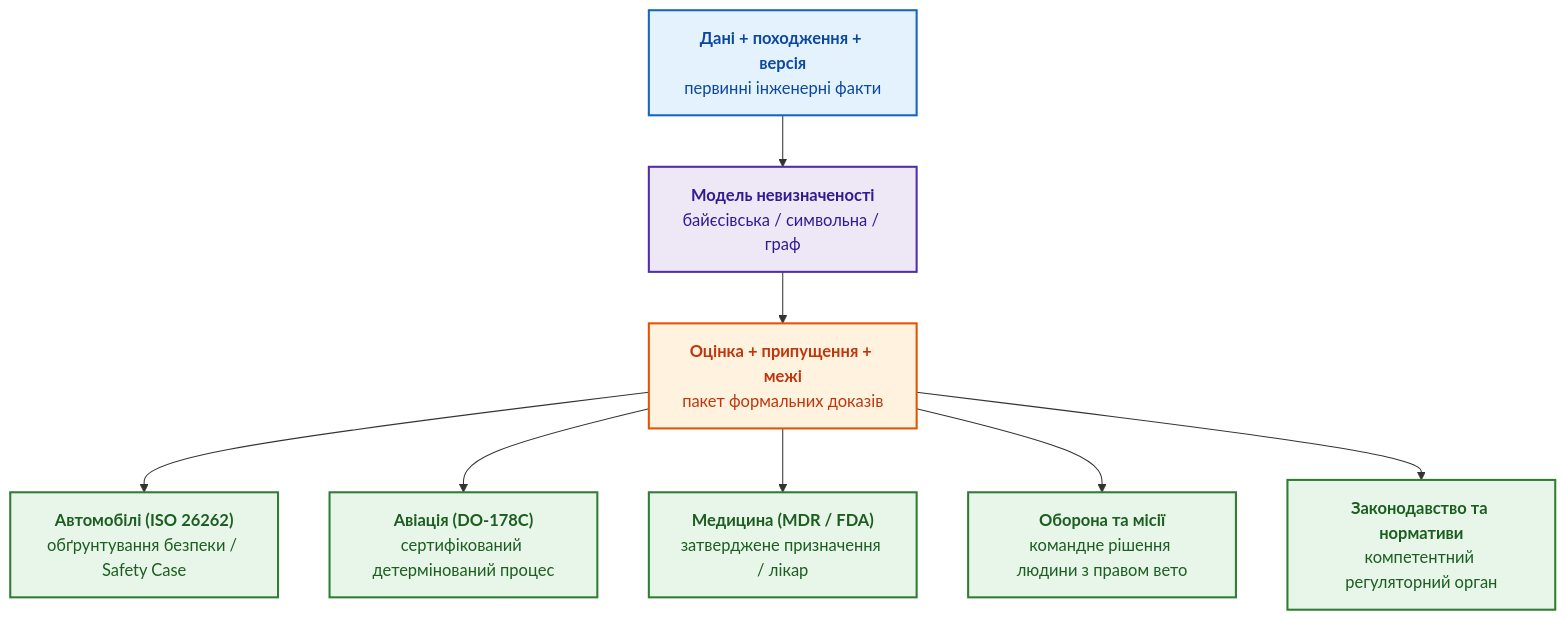
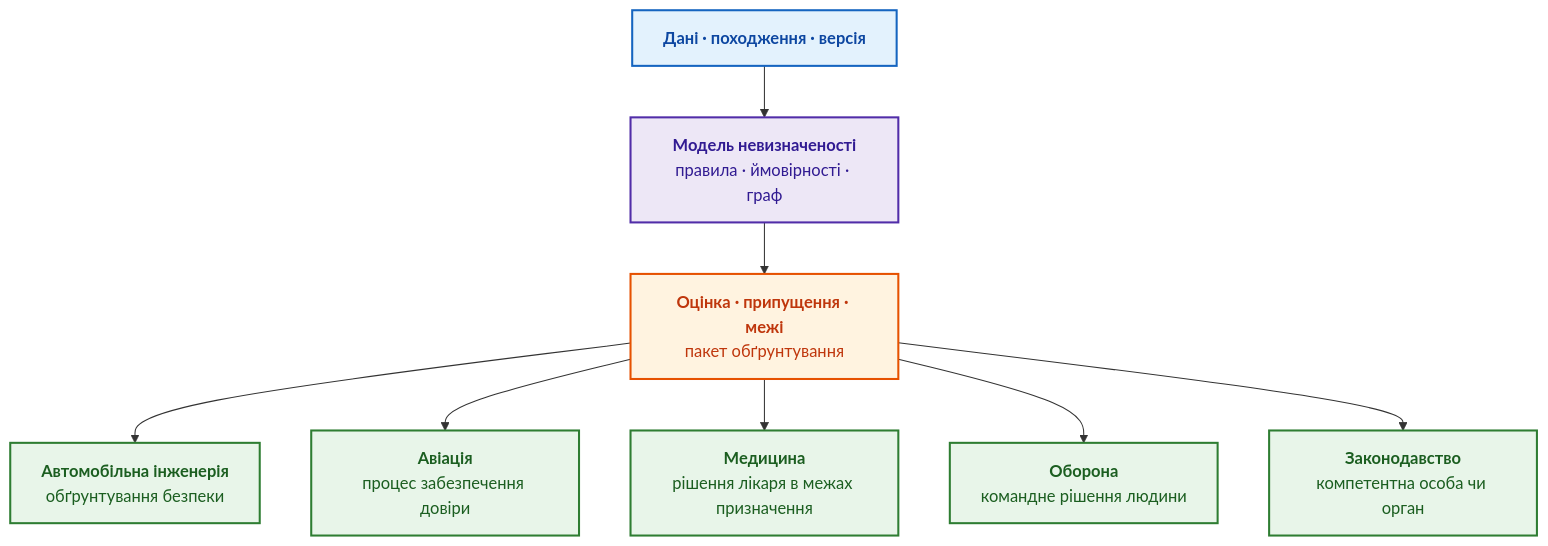
Before and after one commit to nick-fedchik/articles: the fourth of 4 diagrams in ExpertSystem/ch04-evolution-from-bayes-to-evidence-ai.md, drawn with Mermaid. The commit also changed other lines of this file, not shown here.

````diff
--- a/ExpertSystem/ch04-evolution-from-bayes-to-evidence-ai.md
+++ b/ExpertSystem/ch04-evolution-from-bayes-to-evidence-ai.md
@@ -1037,23 +594,23 @@
 ```mermaid
 flowchart TB
-    accTitle: Одна оцінка невизначеності у п'яти доменах
-    accDescr: Байєсівська або інша модель формує оцінку з доказами, але кожен домен має власну процедуру перевірки та уповноваженого суб'єкта остаточного рішення.
+    accTitle: Одна оцінка невизначеності в п'яти галузях
+    accDescr: Дані з походженням і версією проходять через модель невизначеності й дають оцінку з припущеннями та межами. Далі кожна галузь має власну процедуру перевірки й власного відповідального за остаточне рішення.
 
-    E["<b>Дані + походження + версія</b><br/>первинні інженерні факти"] --> M["<b>Модель невизначеності</b><br/>байєсівська / символьна / граф"]
-    M --> O["<b>Оцінка + припущення + межі</b><br/>пакет формальних доказів"]
-    O --> A["<b>Автомобілі (ISO 26262)</b><br/>обґрунтування безпеки / Safety Case"]
-    O --> V["<b>Авіація (DO-178C)</b><br/>сертифікований детермінований процес"]
-    O --> H["<b>Медицина (MDR / FDA)</b><br/>затверджене призначення / лікар"]
-    O --> D["<b>Оборона та місії</b><br/>командне рішення людини з правом вето"]
-    O --> L["<b>Законодавство та нормативи</b><br/>компетентний регуляторний орган"]
+    E["<b>Дані · походження · версія</b>"] --> M["<b>Модель невизначеності</b><br/>правила · ймовірності · граф"]
+    M --> O["<b>Оцінка · припущення · межі</b><br/>пакет обґрунтування"]
+    O --> A["<b>Автомобільна інженерія</b><br/>обґрунтування безпеки"]
+    O --> V["<b>Авіація</b><br/>процес забезпечення довіри"]
+    O --> H["<b>Медицина</b><br/>рішення лікаря в межах призначення"]
+    O --> D["<b>Оборона</b><br/>командне рішення людини"]
+    O --> L["<b>Законодавство</b><br/>компетентна особа чи орган"]
 
     classDef src fill:#e3f2fd,stroke:#1565c0,stroke-width:2px,color:#0d47a1;
     classDef mod fill:#ede7f6,stroke:#512da8,stroke-width:2px,color:#311b92;
     classDef ev fill:#fff3e0,stroke:#e65100,stroke-width:2px,color:#bf360c;
     classDef dom fill:#e8f5e9,stroke:#2e7d32,stroke-width:2px,color:#1b5e20;
 
     class E src;
     class M mod;
     class O ev;
     class A,V,H,D,L dom;
 ```
````
